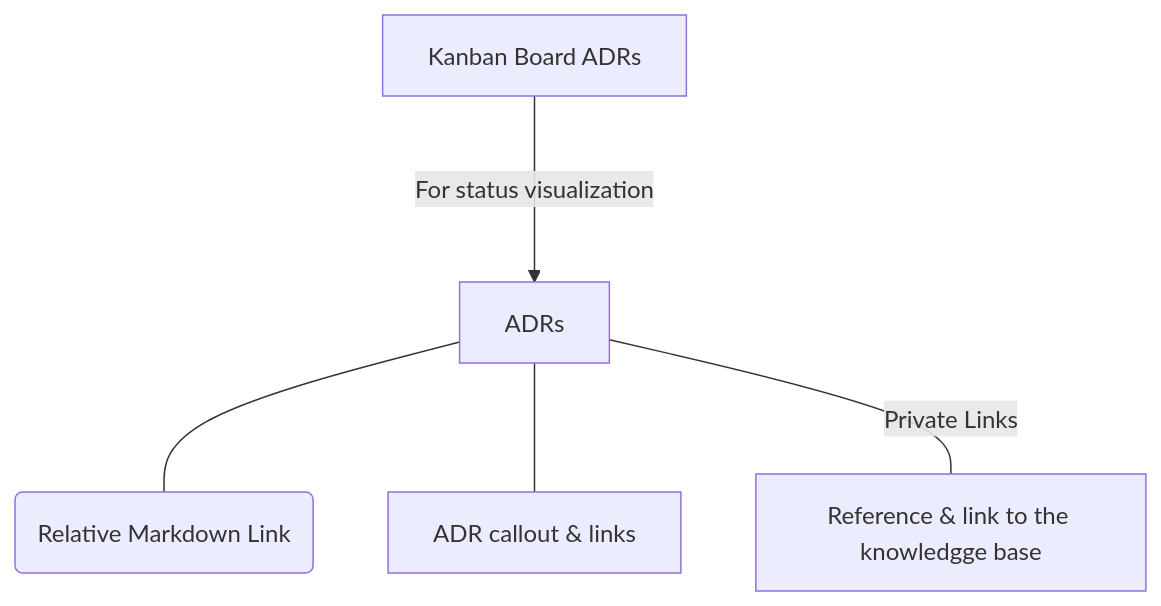
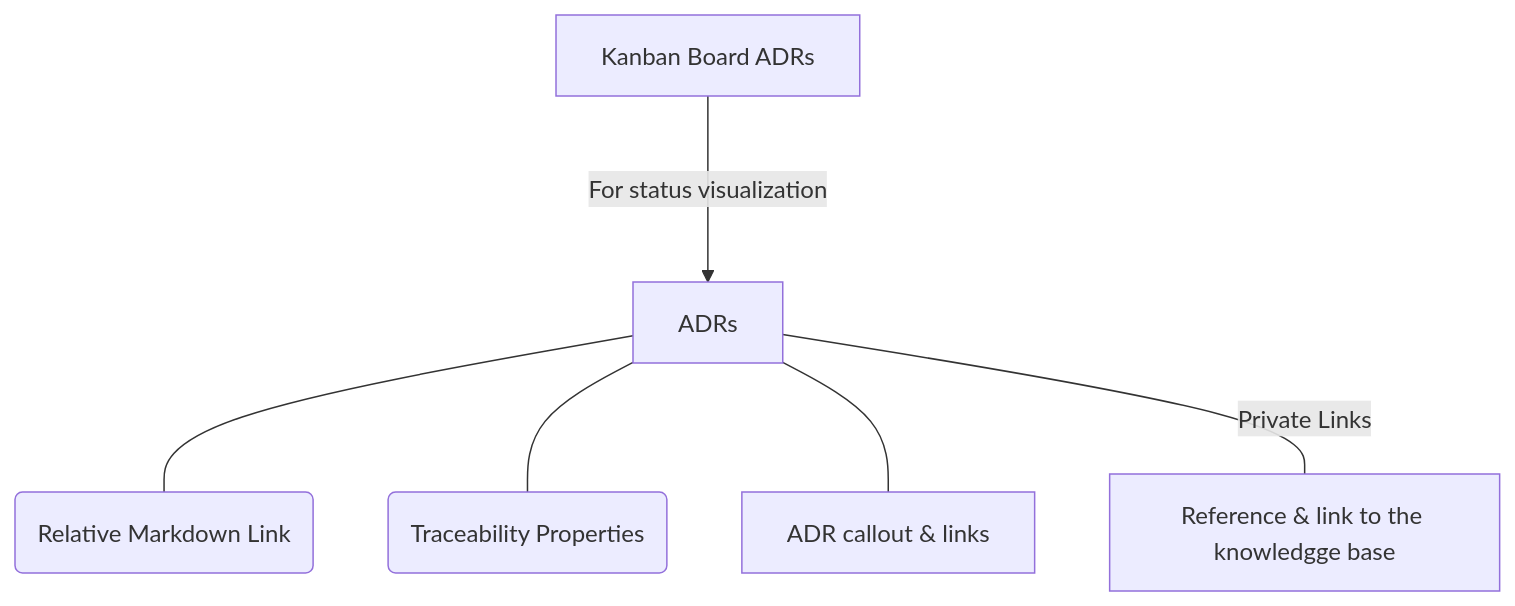
Before and after one commit to samuelnaranjo50/Traceability-System-Obisidian: the diagram in docs/architecture/TSO-VS-002_Functional_ADR_Note.md, drawn with Mermaid. The commit also changed 32 other files, not shown here.

````diff
--- a/docs/architecture/TSO-VS-002_Functional_ADR_Note.md
+++ b/docs/architecture/TSO-VS-002_Functional_ADR_Note.md
@@ -16,12 +16,13 @@
 ```mermaid
 graph TD
 
 KanBA[Kanban Board ADRs]---> |For status visualization| ADRs
 
 %% ADR Artifacts
 ADRs --- relativeLink(Relative Markdown Link)
+ADRs --- traceabilityProps(Traceability Properties)
 ADRs --- ADRArtifact[ADR callout & links]
 ADRs --- |Private Links| Reference[ Reference & link to the knowledgge base]
 
 
 ```
````
